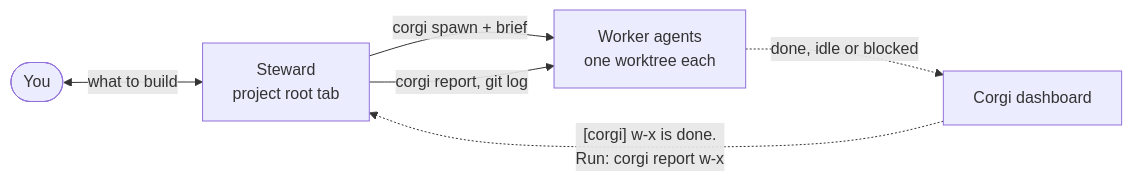
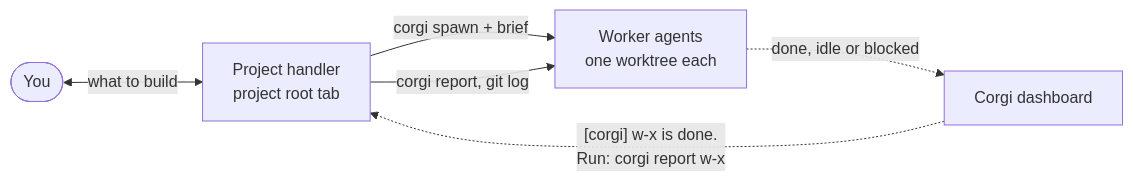
The diagram in README.md (zyrre/corgi), drawn with Mermaid before and after one commit. The commit also changed other lines of this file and 27 other files, not shown here.

First line of the commit message:
Rename the Steward to Project handler

````diff
--- a/README.md
+++ b/README.md
@@ -88,8 +88,8 @@
 ```mermaid
 flowchart LR
-    you(["You"]) <-->|"what to build"| steward["Steward<br/>project root tab"]
-    steward -->|"corgi spawn + brief"| workers["Worker agents<br/>one worktree each"]
+    you(["You"]) <-->|"what to build"| handler["Project handler<br/>project root tab"]
+    handler -->|"corgi spawn + brief"| workers["Worker agents<br/>one worktree each"]
     workers -.->|"done, idle or blocked"| dashboard["Corgi dashboard"]
-    dashboard -.->|"[corgi] w-x is done.<br/>Run: corgi report w-x"| steward
-    steward -->|"corgi report, git log"| workers
+    dashboard -.->|"[corgi] w-x is done.<br/>Run: corgi report w-x"| handler
+    handler -->|"corgi report, git log"| workers
 ```
````
